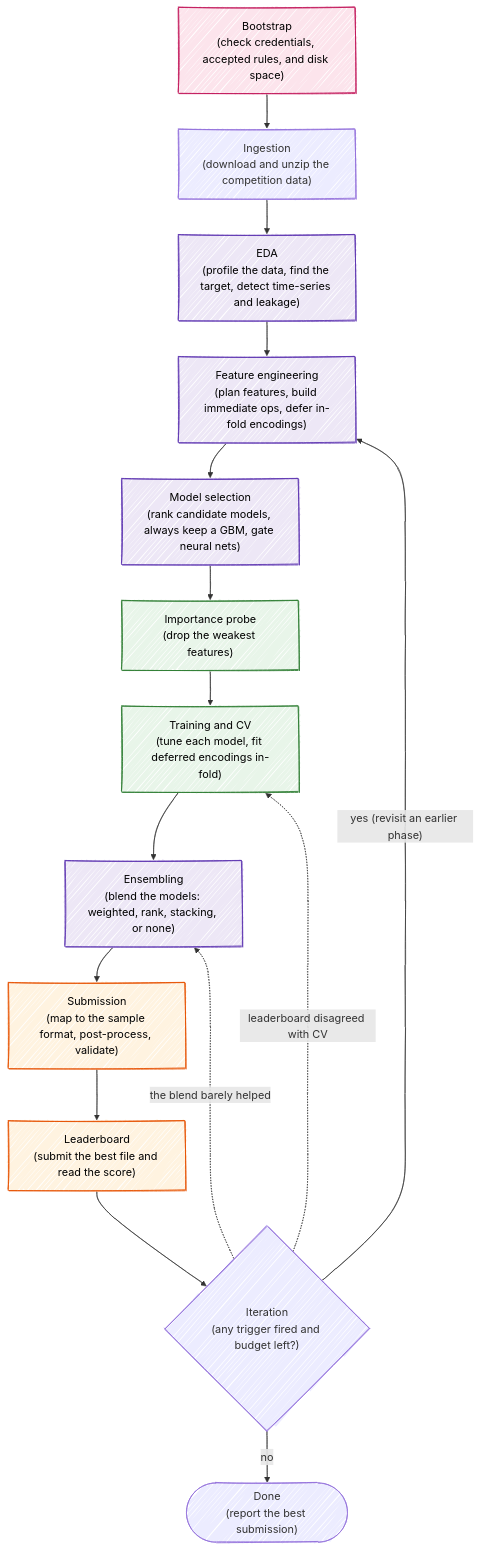
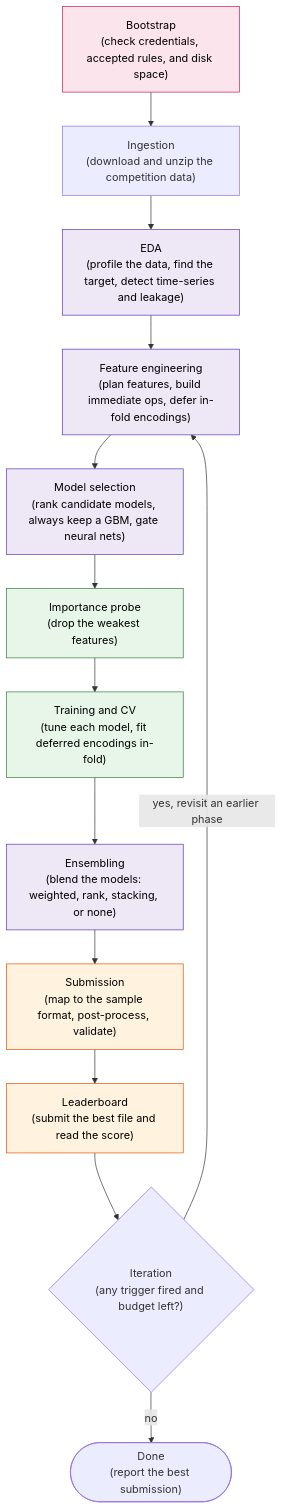
One commit to VaradHajare/Kaggle-Autopilot changed the first of 2 diagrams in README.md. Above: the diagram before and after it, drawn with Mermaid. The commit also changed other lines of this file, not shown here.

Commit message:
Clean up README diagrams
Use straight-line rendering instead of the hand-drawn look, which
rendered as messy doubled strokes, and reduce the pipeline loop-back
edges from three to one.

````diff
--- a/README.md
+++ b/README.md
@@ -114,35 +114,28 @@
 ```mermaid
----
-config:
-  look: handDrawn
-  theme: default
----
 flowchart TD
     P0["Bootstrap<br/>(check credentials, accepted rules, and disk space)"]
     P1["Ingestion<br/>(download and unzip the competition data)"]
     P2["EDA<br/>(profile the data, find the target, detect time-series and leakage)"]
     P3["Feature engineering<br/>(plan features, build immediate ops, defer in-fold encodings)"]
     P4["Model selection<br/>(rank candidate models, always keep a GBM, gate neural nets)"]
     P5a["Importance probe<br/>(drop the weakest features)"]
     P5b["Training and CV<br/>(tune each model, fit deferred encodings in-fold)"]
     P6["Ensembling<br/>(blend the models: weighted, rank, stacking, or none)"]
     P7["Submission<br/>(map to the sample format, post-process, validate)"]
     P8["Leaderboard<br/>(submit the best file and read the score)"]
     P9{"Iteration<br/>(any trigger fired and budget left?)"}
     DONE(["Done<br/>(report the best submission)"])
 
     P0 --> P1 --> P2 --> P3 --> P4 --> P5a --> P5b --> P6 --> P7 --> P8 --> P9
     P9 -- "no" --> DONE
-    P9 -- "yes (revisit an earlier phase)" --> P3
-    P9 -. "leaderboard disagreed with CV" .-> P5b
-    P9 -. "the blend barely helped" .-> P6
+    P9 -- "yes, revisit an earlier phase" --> P3
 
     classDef boot fill:#fce4ec,stroke:#c2185b,color:#000;
     classDef llm fill:#ede7f6,stroke:#5e35b1,color:#000;
     classDef train fill:#e8f5e9,stroke:#2e7d32,color:#000;
     classDef sub fill:#fff3e0,stroke:#e65100,color:#000;
     class P0 boot;
     class P2,P3,P4,P6 llm;
     class P5a,P5b train;
     class P7,P8 sub;
 ```
````
